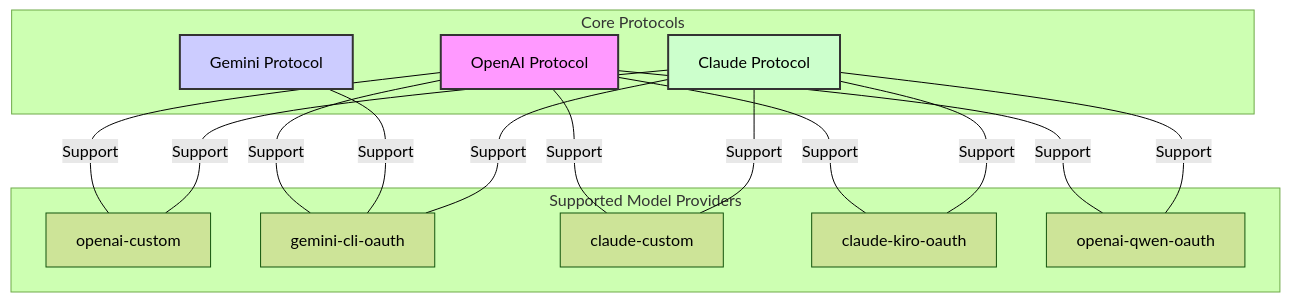
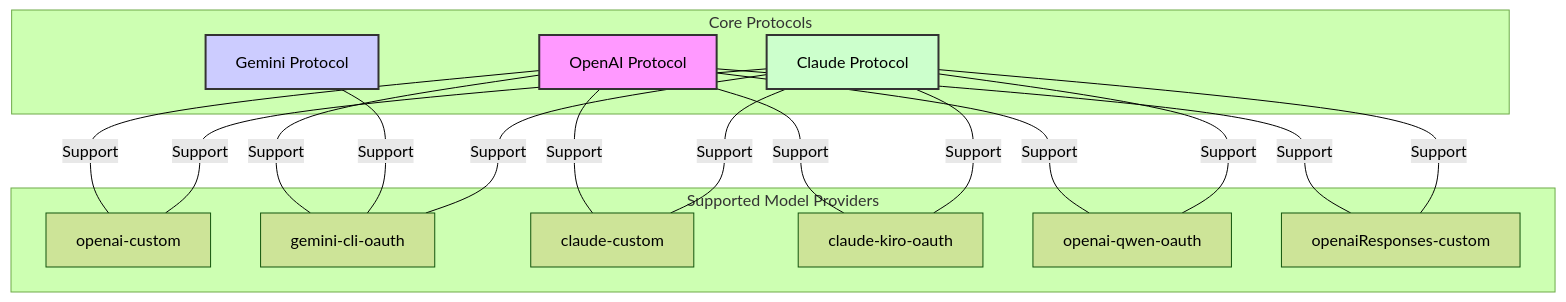
One commit to justlovemaki/AIClient-2-API changed the diagram in README.md. Above: the diagram before and after it, drawn with Mermaid (forest theme). The commit also changed other lines of this file and 24 other files, not shown here.

````diff
--- a/README.md
+++ b/README.md
@@ -94,36 +95,39 @@
   ```mermaid
    
    graph TD
        subgraph Core_Protocols["Core Protocols"]
            P_OPENAI[OpenAI Protocol]
            P_GEMINI[Gemini Protocol]
            P_CLAUDE[Claude Protocol]
        end
    
        subgraph Supported_Model_Providers["Supported Model Providers"]
            MP_OPENAI[openai-custom]
            MP_GEMINI[gemini-cli-oauth]
            MP_CLAUDE_C[claude-custom]
            MP_CLAUDE_K[claude-kiro-oauth]
            MP_QWEN[openai-qwen-oauth]
+           MP_OPENAI_RESP[openaiResponses-custom]
        end
    
        P_OPENAI ---|Support| MP_OPENAI
        P_OPENAI ---|Support| MP_QWEN
        P_OPENAI ---|Support| MP_GEMINI
        P_OPENAI ---|Support| MP_CLAUDE_C
        P_OPENAI ---|Support| MP_CLAUDE_K
+       P_OPENAI ---|Support| MP_OPENAI_RESP
    
        P_GEMINI ---|Support| MP_GEMINI
    
        P_CLAUDE ---|Support| MP_CLAUDE_C
        P_CLAUDE ---|Support| MP_CLAUDE_K
        P_CLAUDE ---|Support| MP_GEMINI
        P_CLAUDE ---|Support| MP_OPENAI
        P_CLAUDE ---|Support| MP_QWEN
+       P_CLAUDE ---|Support| MP_OPENAI_RESP
    
        style P_OPENAI fill:#f9f,stroke:#333,stroke-width:2px
        style P_GEMINI fill:#ccf,stroke:#333,stroke-width:2px
        style P_CLAUDE fill:#cfc,stroke:#333,stroke-width:2px
 
    ```
````
